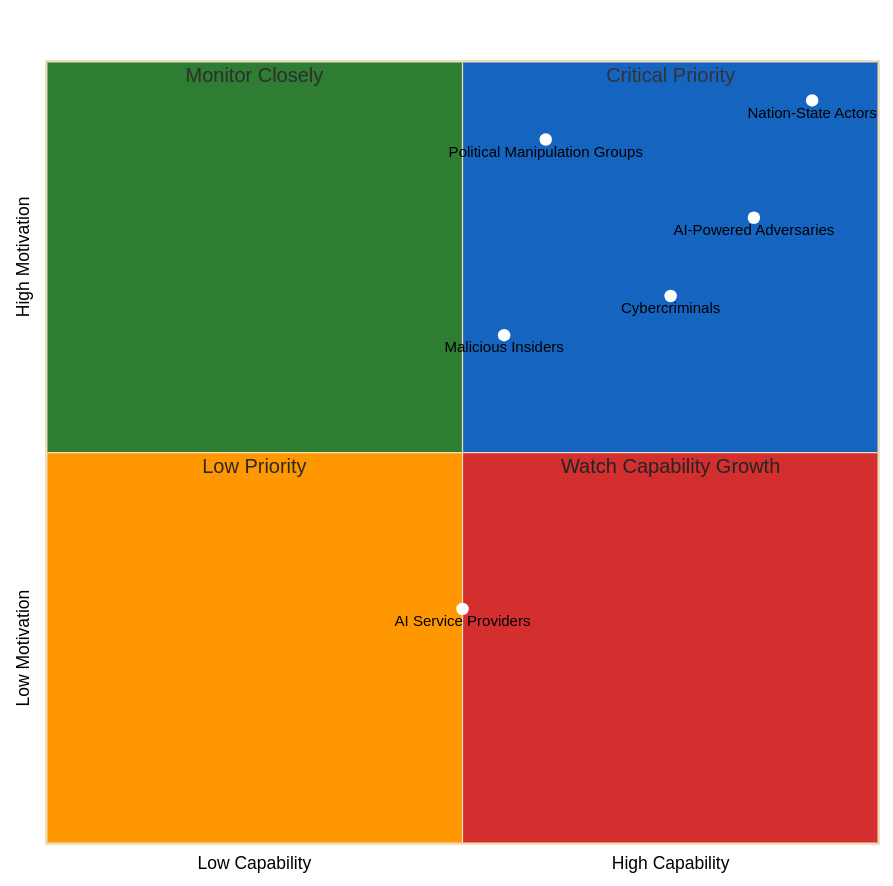
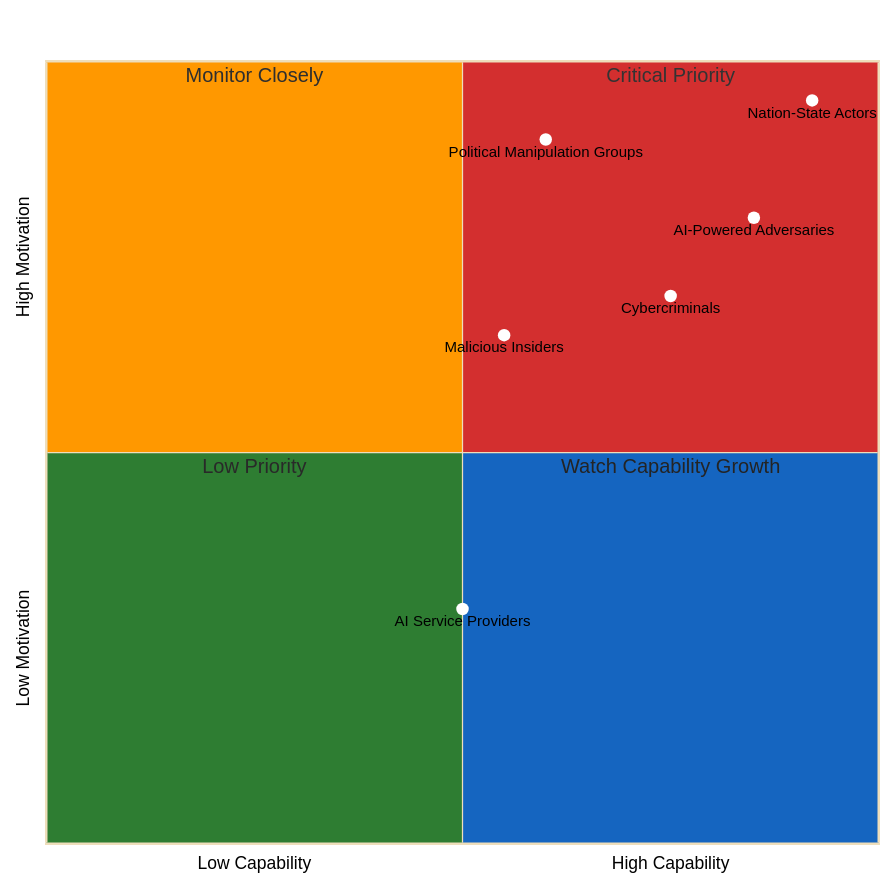
The third of 7 diagrams in FUTURE_THREAT_MODEL.md (Hack23/cia), drawn with Mermaid before and after one commit. The commit also changed 2 other files, not shown here.

Commit message:
fix: apply review feedback for quadrant chart colors and labels
Agent-Logs-Url: https://github.com/Hack23/cia/sessions/8e978305-bea8-4b20-91e6-7a4a9f650a3c

````diff
--- a/FUTURE_THREAT_MODEL.md
+++ b/FUTURE_THREAT_MODEL.md
@@ -346,41 +346,41 @@
 ```mermaid
 %%{init: {
   "theme": "base",
   "themeVariables": {
-    "quadrant1Fill": "#1565C0",
-    "quadrant2Fill": "#2E7D32",
-    "quadrant3Fill": "#FF9800",
-    "quadrant4Fill": "#D32F2F",
+    "quadrant1Fill": "#D32F2F",
+    "quadrant2Fill": "#FF9800",
+    "quadrant3Fill": "#2E7D32",
+    "quadrant4Fill": "#1565C0",
     "quadrantTitleFill": "#ffffff",
     "quadrantPointFill": "#ffffff",
     "quadrantPointTextFill": "#000000",
     "quadrantXAxisTextFill": "#000000",
     "quadrantYAxisTextFill": "#000000"
   },
   "quadrantChart": {
     "chartWidth": 700,
     "chartHeight": 700,
     "pointLabelFontSize": 12,
     "titleFontSize": 20,
     "quadrantLabelFontSize": 16,
     "xAxisLabelFontSize": 14,
     "yAxisLabelFontSize": 14
   }
 }}%%
 
 quadrantChart
     title Threat Agent Capability vs Motivation (Future State)
     x-axis Low Capability --> High Capability
     y-axis Low Motivation --> High Motivation
     quadrant-1 Critical Priority
     quadrant-2 Monitor Closely
     quadrant-3 Low Priority
     quadrant-4 Watch Capability Growth
     "Nation-State Actors": [0.92, 0.95]
     "AI-Powered Adversaries": [0.85, 0.80]
     "Political Manipulation Groups": [0.60, 0.90]
     "Cybercriminals": [0.75, 0.70]
     "Malicious Insiders": [0.55, 0.65]
     "AI Service Providers": [0.50, 0.30]
 
 ```
````
